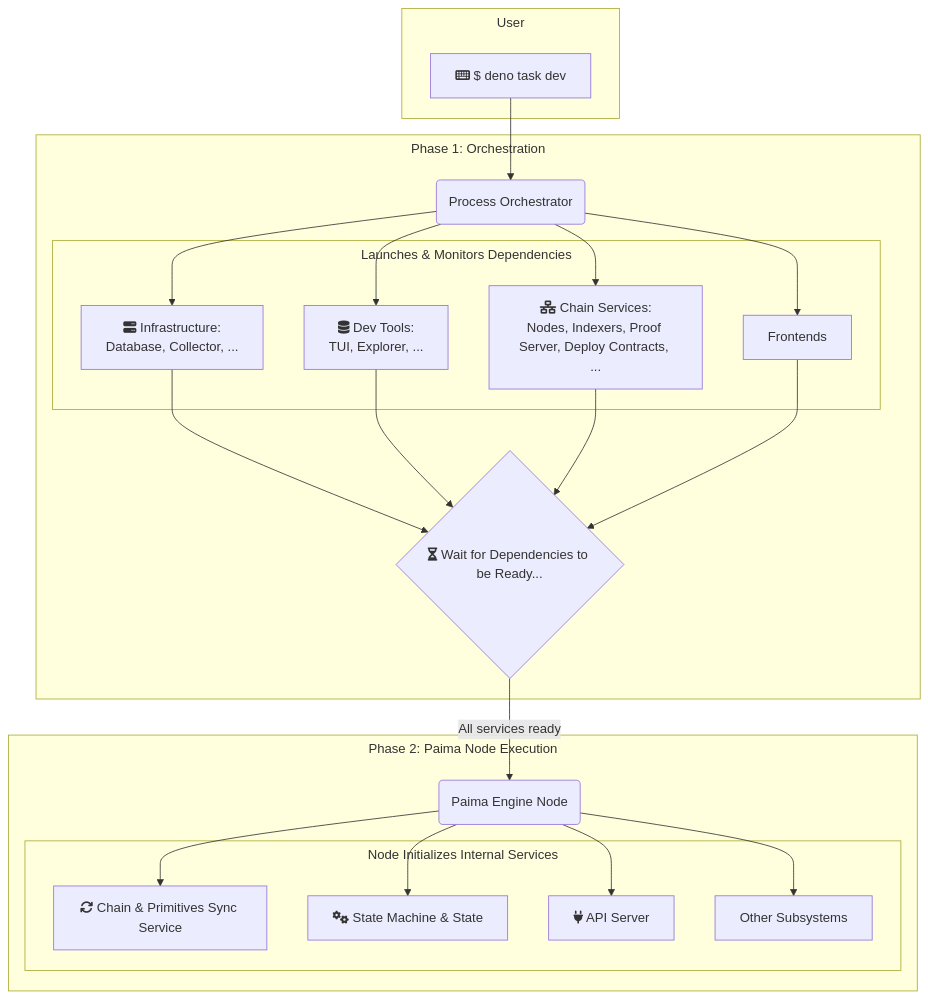
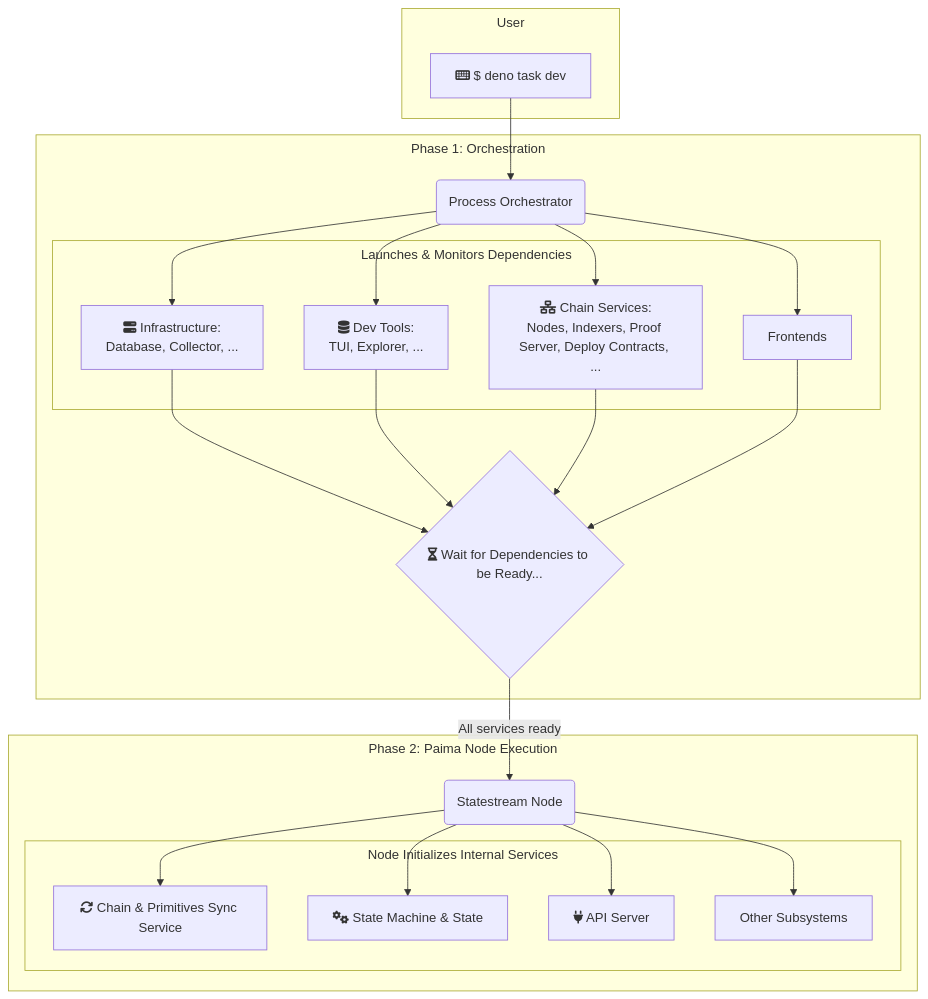
The diagram in docs/site/docs/home/100-components/117-node-startup.md (effectstream/effectstream), drawn with Mermaid before and after one commit. The commit also changed other lines of this file and 55 other files, not shown here.

````diff
--- a/docs/site/docs/home/100-components/117-node-startup.md
+++ b/docs/site/docs/home/100-components/117-node-startup.md
@@ -74,53 +74,53 @@
 ```mermaid
 ---
 config:
   flowchart:
     subGraphTitleMargin:
       top: 5
       bottom: 25
 ---
 graph TD
     subgraph "User"
         A["fa:fa-keyboard $ deno task dev"]
     end
 
     subgraph "Phase 1: Orchestration"
         B(Process Orchestrator)
         subgraph "Launches & Monitors Dependencies"
             
             C[fa:fa-server Infrastructure:<br/>Database, Collector, ...]
             D[fa:fa-database Dev Tools:<br/>TUI, Explorer, ...]
             E[fa:fa-network-wired Chain Services:<br/>Nodes, Indexers, Proof Server, Deploy Contracts, ...]
             F[Frontends]
         end
         G{fa:fa-hourglass-half Wait for Dependencies to be Ready...}
     end
 
     subgraph "Phase 2: Paima Node Execution"
-        H(Paima Engine Node)
+        H(Statestream Node)
         subgraph "Node Initializes Internal Services"
             I[fa:fa-sync Chain & Primitives Sync Service]
             J[fa:fa-cogs State Machine & State]
             K[fa:fa-plug API Server]
             L[Other Subsystems]
         end
     end
 
     A --> B;
     B --> C;
     B --> D;
     B --> E;
     B --> F;
 
     C --> G;
     D --> G;
     E --> G;
     F --> G;
     
     G -- All services ready --> H;
     
     H --> L;
     H --> I;
     H --> J;
     H --> K;
 ```
````
